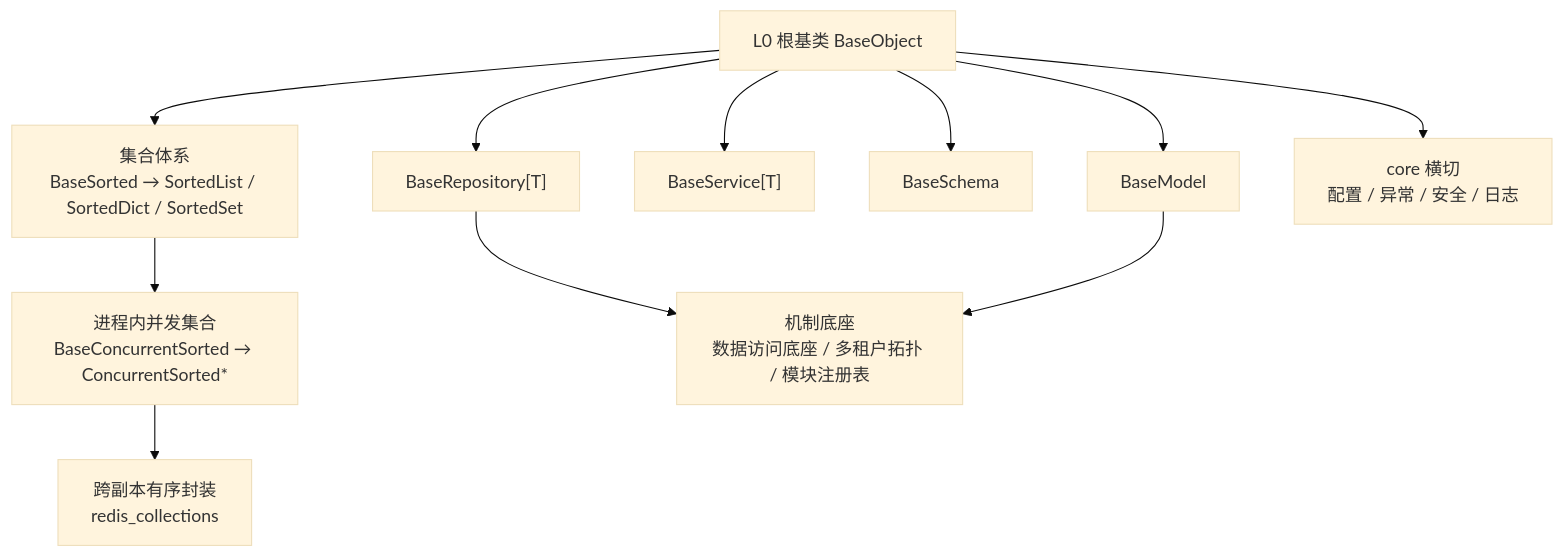
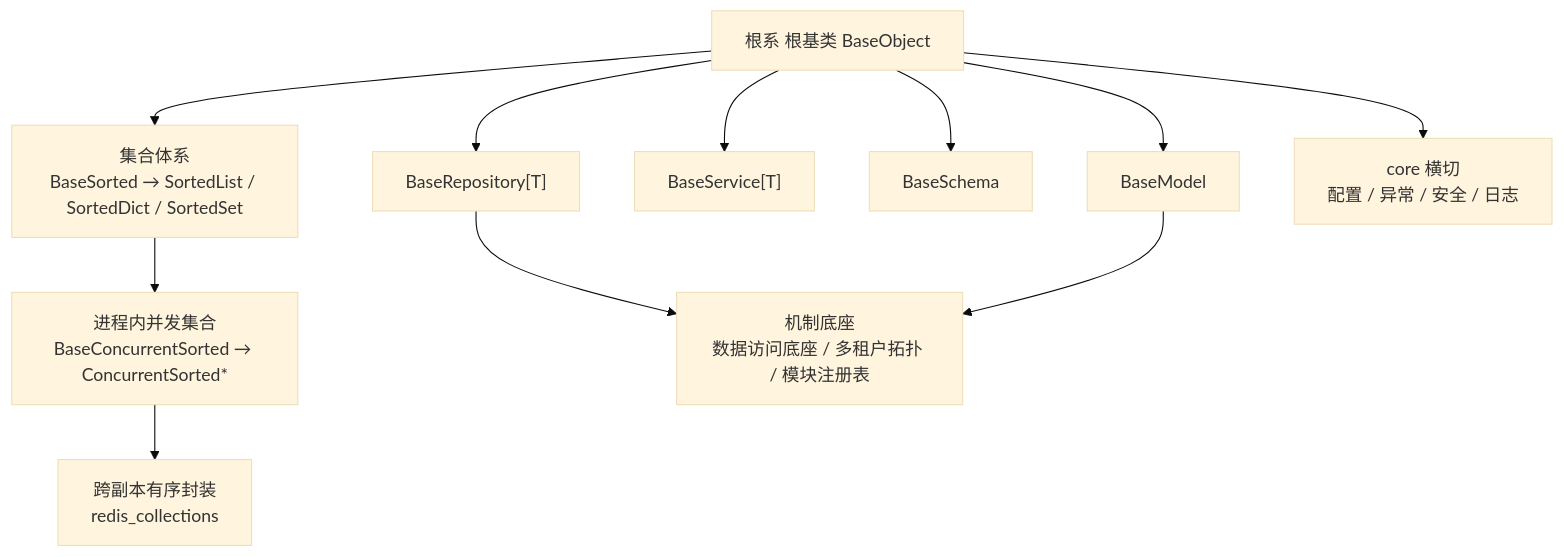
One commit to minjian123/basic-management-system changed the diagram in bms文档/项目/01_项目骨架/需求/02_需求_后端基座.md. Above: the diagram before and after it, drawn with Mermaid (base theme). The commit also changed other lines of this file and 181 other files, not shown here.

````diff
--- a/bms文档/项目/01_项目骨架/需求/02_需求_后端基座.md
+++ b/bms文档/项目/01_项目骨架/需求/02_需求_后端基座.md
@@ -11,23 +11,23 @@
 ```mermaid
 flowchart TD
-    L0["L0 根基类 BaseObject"]
+    根系["根系 根基类 BaseObject"]
     COL["集合体系<br/>BaseSorted → SortedList / SortedDict / SortedSet"]
     CONC["进程内并发集合<br/>BaseConcurrentSorted → ConcurrentSorted*"]
     REDIS["跨副本有序封装<br/>redis_collections"]
     REPO["BaseRepository[T]"]
     SVC["BaseService[T]"]
     SCH["BaseSchema"]
     ORM["BaseModel"]
     CORE["core 横切<br/>配置 / 异常 / 安全 / 日志"]
     MECH["机制底座<br/>数据访问底座 / 多租户拓扑 / 模块注册表"]
-    L0 --> COL
+    根系 --> COL
     COL --> CONC
     CONC --> REDIS
-    L0 --> REPO
-    L0 --> SVC
-    L0 --> SCH
-    L0 --> ORM
-    L0 --> CORE
+    根系 --> REPO
+    根系 --> SVC
+    根系 --> SCH
+    根系 --> ORM
+    根系 --> CORE
     REPO --> MECH
     ORM --> MECH
 ```
````
